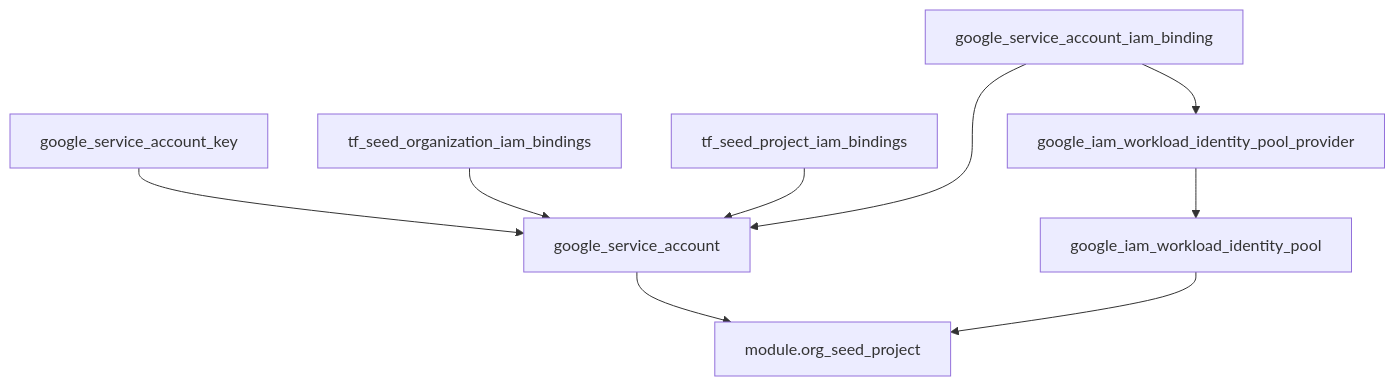
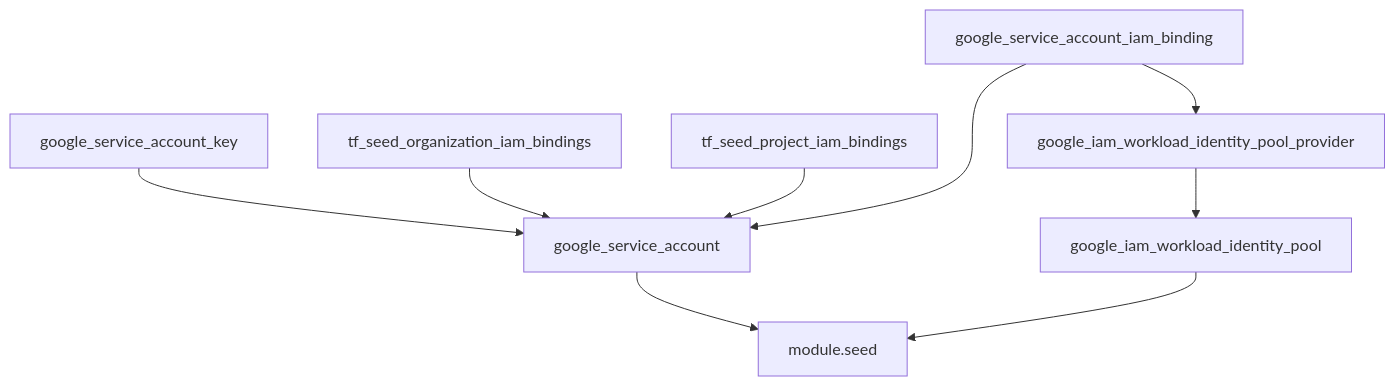
Before and after one commit to Lapeyus/GCP-SLZ: the diagram in documentation/docs/seed.md, drawn with Mermaid. The commit also changed other lines of this file and 54 other files, not shown here.

````diff
--- a/documentation/docs/seed.md
+++ b/documentation/docs/seed.md
@@ -41,11 +41,11 @@
 ```mermaid
 graph TD;
-    google_service_account --> module.org_seed_project;
+    google_service_account --> module.seed;
     google_service_account_key --> google_service_account;
     tf_seed_organization_iam_bindings --> google_service_account;
     tf_seed_project_iam_bindings --> google_service_account;
-    google_iam_workload_identity_pool --> module.org_seed_project;
+    google_iam_workload_identity_pool --> module.seed;
     google_iam_workload_identity_pool_provider --> google_iam_workload_identity_pool;
     google_service_account_iam_binding --> google_service_account;
      google_service_account_iam_binding --> google_iam_workload_identity_pool_provider
 ```
````
